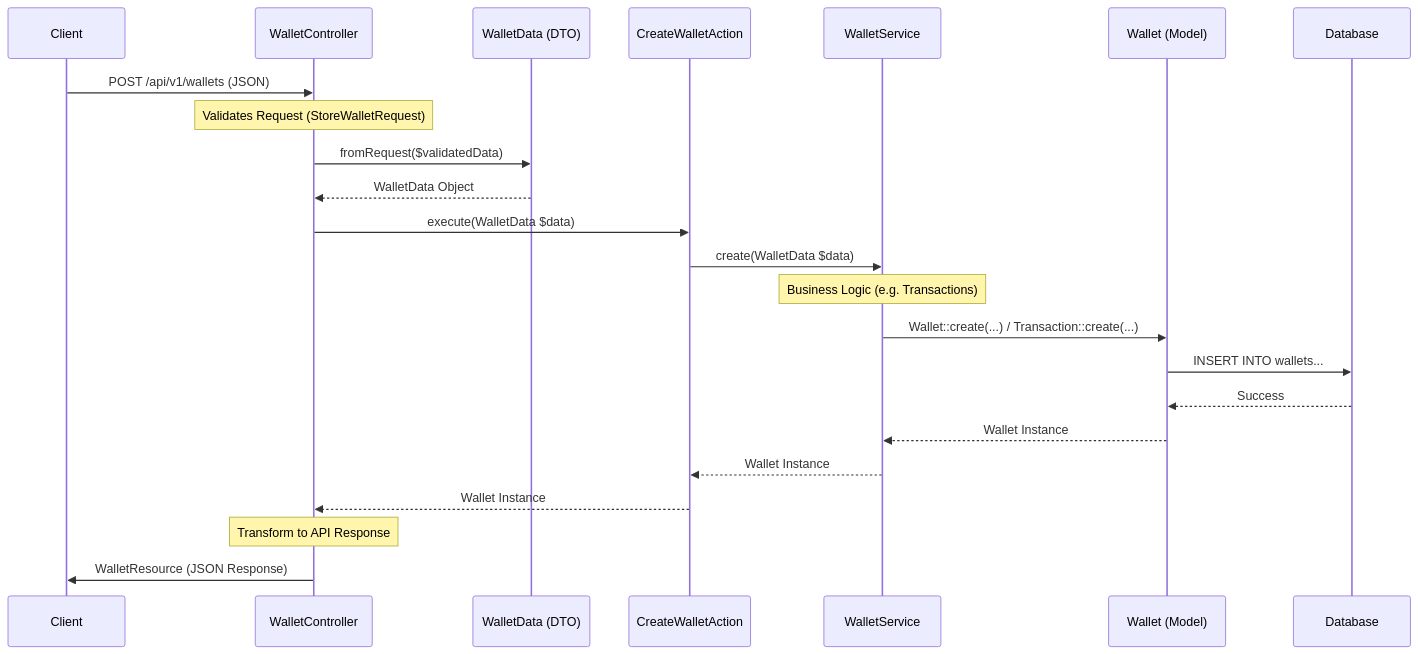
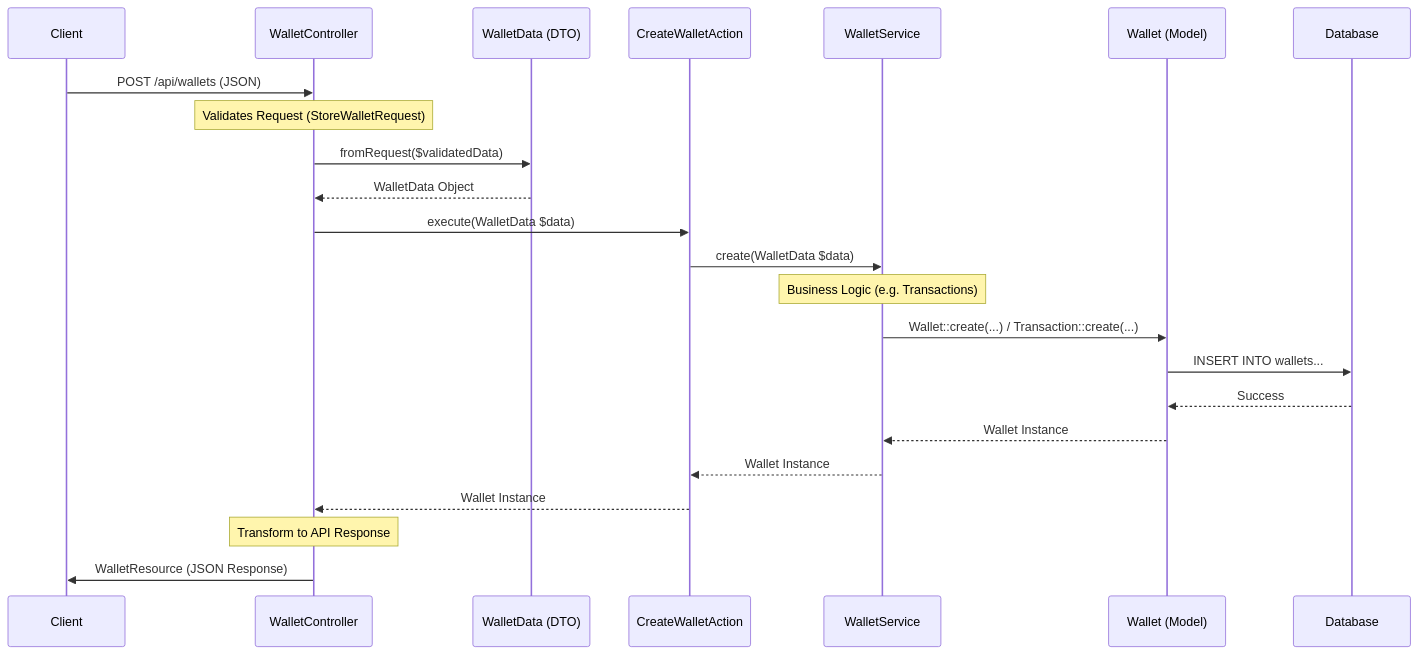
The first of 2 diagrams in docs/system-design.md (haniscreator/SecureWallet), drawn with Mermaid before and after one commit. The commit also changed 10 other files, not shown here.

````diff
--- a/docs/system-design.md
+++ b/docs/system-design.md
@@ -15,33 +15,33 @@
 ```mermaid
 sequenceDiagram
     participant Client
     participant Controller as WalletController
     participant DTO as WalletData (DTO)
     participant Action as CreateWalletAction
     participant Service as WalletService
     participant Model as Wallet (Model)
     participant DB as Database
 
-    Client->>Controller: POST /api/v1/wallets (JSON)
+    Client->>Controller: POST /api/wallets (JSON)
     Note over Controller: Validates Request (StoreWalletRequest)
     
     Controller->>DTO: fromRequest($validatedData)
     DTO-->>Controller: WalletData Object
     
     Controller->>Action: execute(WalletData $data)
     
     Action->>Service: create(WalletData $data)
     
     Note over Service: Business Logic (e.g. Transactions)
     Service->>Model: Wallet::create(...) / Transaction::create(...)
     Model->>DB: INSERT INTO wallets...
     DB-->>Model: Success
     Model-->>Service: Wallet Instance
     
     Service-->>Action: Wallet Instance
     
     Action-->>Controller: Wallet Instance
     
     Note over Controller: Transform to API Response
     Controller->>Client: WalletResource (JSON Response)
 ```
````
